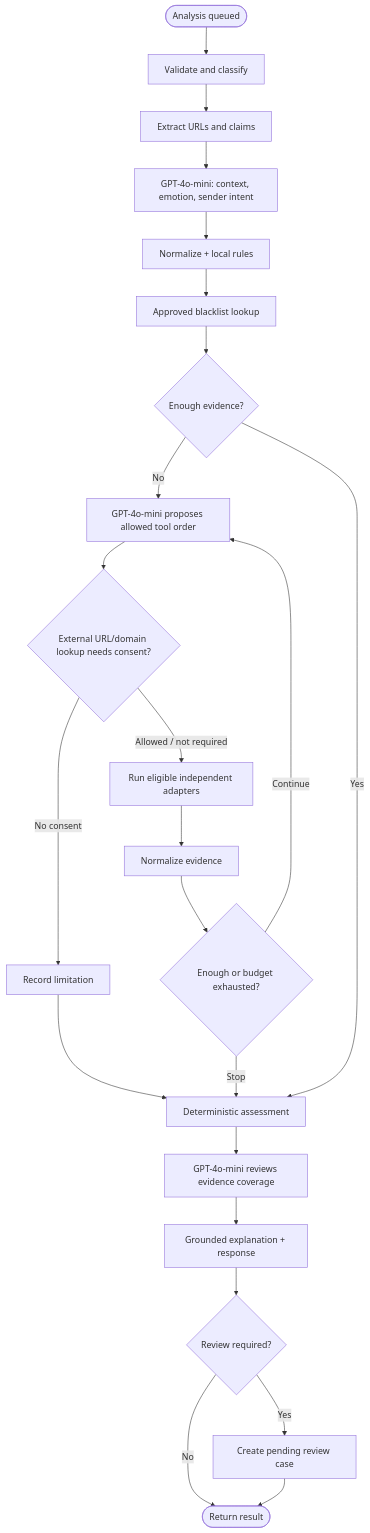
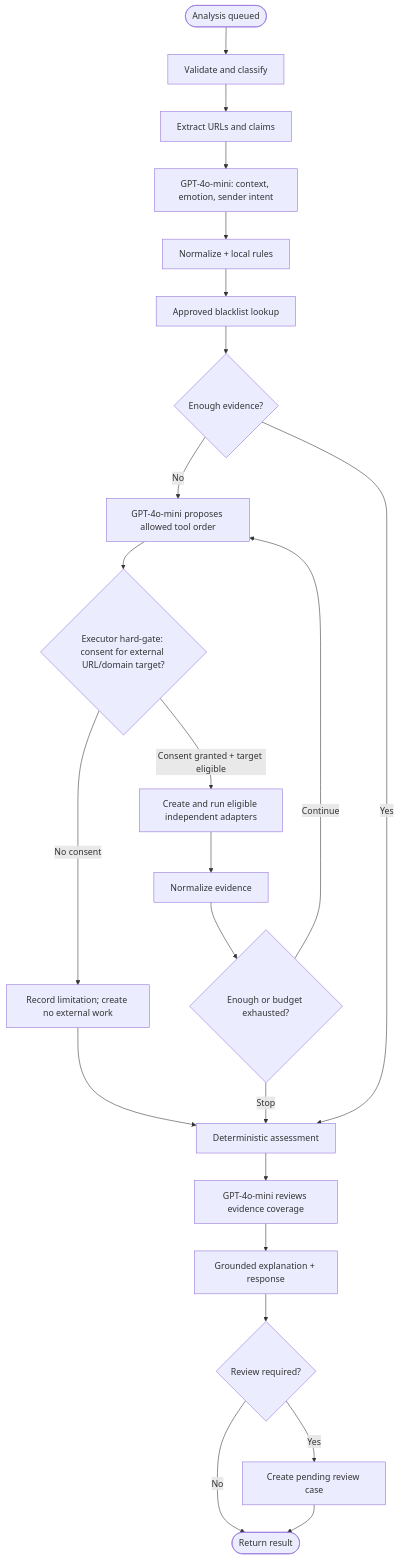
One commit to Binhdn04/TrustGuard-AI changed the second of 3 diagrams in docs/01-ARCHITECTURE.md. Above: the diagram before and after it, drawn with Mermaid. The commit also changed other lines of this file and 3 other files, not shown here.

````diff
--- a/docs/01-ARCHITECTURE.md
+++ b/docs/01-ARCHITECTURE.md
@@ -60,25 +60,25 @@
 ```mermaid
 flowchart TB
     Start(["Analysis queued"]) --> Validate["Validate and classify"]
     Validate --> Extract["Extract URLs and claims"]
     Extract --> Semantic["GPT-4o-mini: context, emotion, sender intent"]
     Semantic --> Rules["Normalize + local rules"]
     Rules --> Memory["Approved blacklist lookup"]
     Memory --> Enough{"Enough evidence?"}
     Enough -->|"No"| Plan["GPT-4o-mini proposes allowed tool order"]
-    Plan --> Consent{"External URL/domain lookup needs consent?"}
-    Consent -->|"No consent"| Limit["Record limitation"]
-    Consent -->|"Allowed / not required"| Tool["Run eligible independent adapters"]
+    Plan --> Consent{"Executor hard-gate: consent for external URL/domain target?"}
+    Consent -->|"No consent"| Limit["Record limitation; create no external work"]
+    Consent -->|"Consent granted + target eligible"| Tool["Create and run eligible independent adapters"]
     Tool --> Observe["Normalize evidence"]
     Observe --> Stop{"Enough or budget exhausted?"}
     Stop -->|"Continue"| Plan
     Stop -->|"Stop"| Score["Deterministic assessment"]
     Limit --> Score
     Enough -->|"Yes"| Score
     Score --> ReviewLLM["GPT-4o-mini reviews evidence coverage"]
     ReviewLLM --> Explain["Grounded explanation + response"]
     Explain --> Escalate{"Review required?"}
     Escalate -->|"No"| Done(["Return result"])
     Escalate -->|"Yes"| Review["Create pending review case"]
     Review --> Done
 ```
````
